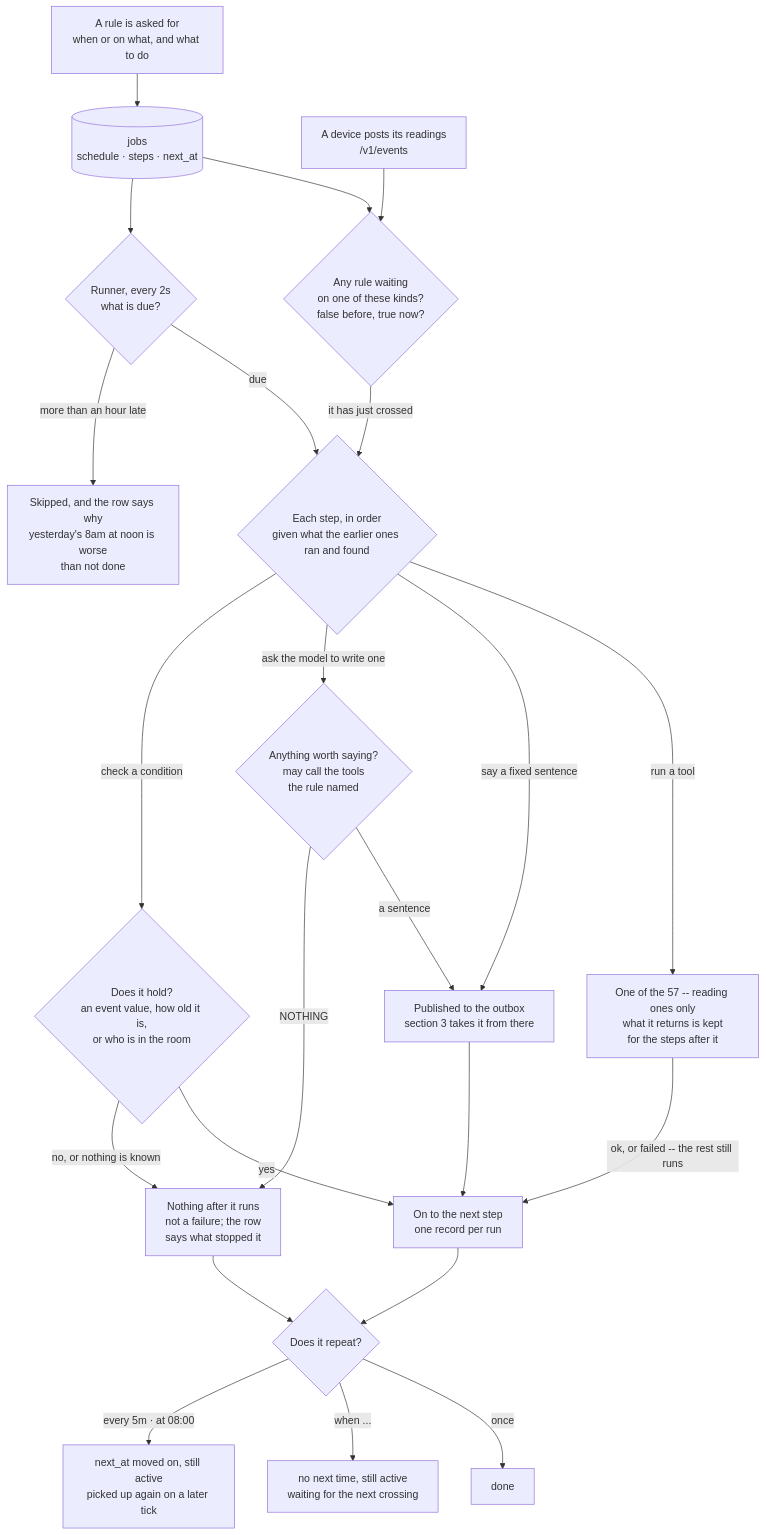
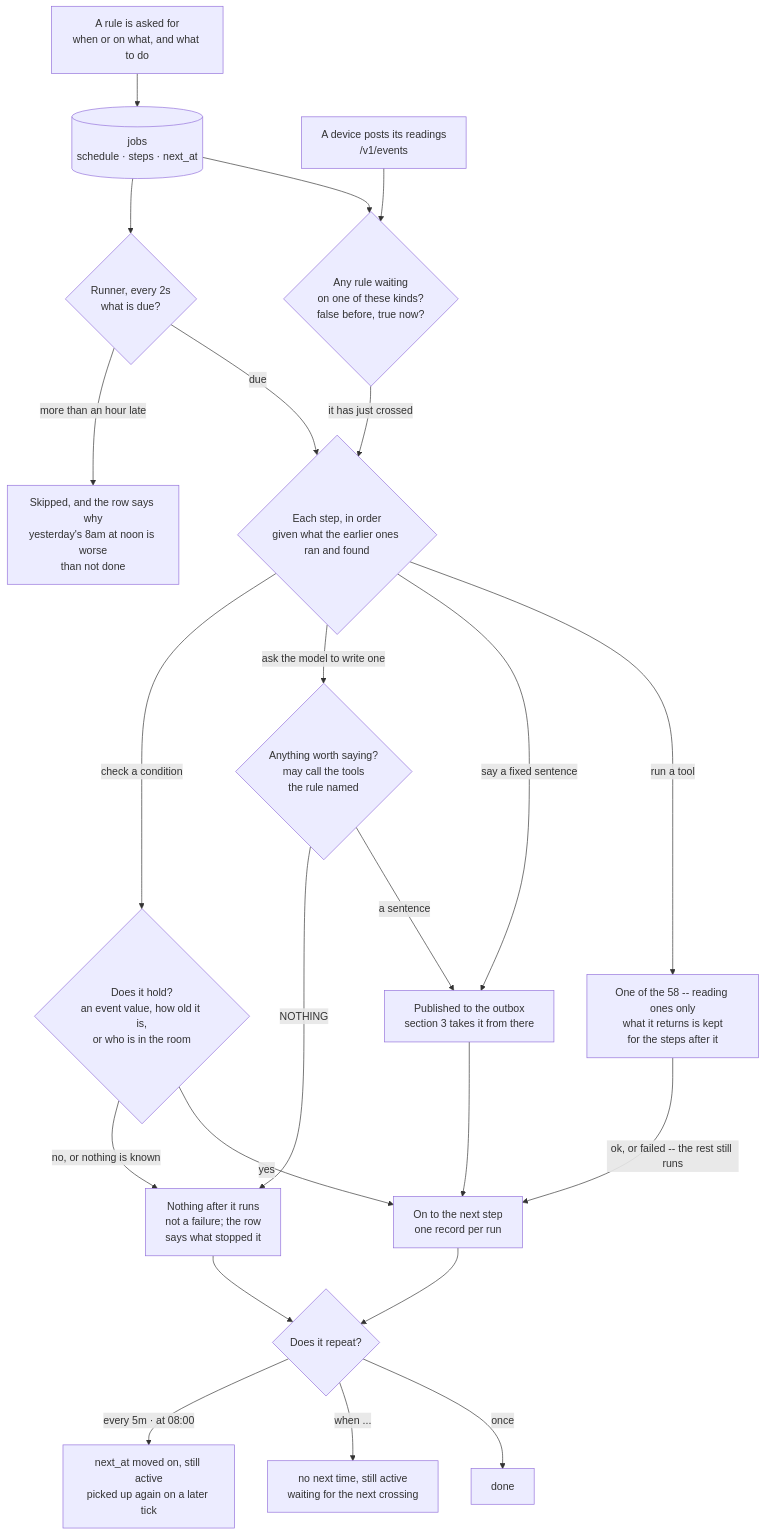
One commit to DhanushRamesh/personal-assistant changed the fifth of 5 diagrams in FEATURES.md. Above: the diagram before and after it, drawn with Mermaid. The commit also changed other lines of this file and 3 other files, not shown here.

````diff
--- a/FEATURES.md
+++ b/FEATURES.md
@@ -275,33 +276,33 @@
 ```mermaid
 flowchart TB
     ASK["A rule is asked for<br/>when or on what, and what to do"] --> ROW[("jobs<br/>schedule · steps · next_at")]
 
     ROW --> TICK{"Runner, every 2s<br/>what is due?"}
     TICK -- "more than an hour late" --> SKIP["Skipped, and the row says why<br/>yesterday's 8am at noon is worse<br/>than not done"]
     TICK -- "due" --> WHAT
 
     READ["A device posts its readings<br/>/v1/events"] --> CROSS{"Any rule waiting<br/>on one of these kinds?<br/>false before, true now?"}
     ROW --> CROSS
     CROSS -- "it has just crossed" --> WHAT
 
     WHAT{"Each step, in order<br/>given what the earlier ones ran and found"}
     WHAT -- "check a condition" --> GATE{"Does it hold?<br/>an event value, how old it is,<br/>or who is in the room"}
     WHAT -- "ask the model to write one" --> MODEL{"Anything worth saying?<br/>may call the tools<br/>the rule named"}
     WHAT -- "say a fixed sentence" --> OUT["Published to the outbox<br/>section 3 takes it from there"]
-    WHAT -- "run a tool" --> TOOL["One of the 57 -- reading ones only<br/>what it returns is kept<br/>for the steps after it"]
+    WHAT -- "run a tool" --> TOOL["One of the 58 -- reading ones only<br/>what it returns is kept<br/>for the steps after it"]
 
     GATE -- "no, or nothing is known" --> STOP["Nothing after it runs<br/>not a failure; the row<br/>says what stopped it"]
     MODEL -- "NOTHING" --> STOP
     MODEL -- "a sentence" --> OUT
     GATE -- "yes" --> ON
     OUT --> ON
     TOOL -- "ok, or failed -- the rest still runs" --> ON
 
     ON["On to the next step<br/>one record per run"] --> END
     STOP --> END
 
     END{"Does it repeat?"}
     END -- "every 5m · at 08:00" --> AGAIN["next_at moved on, still active<br/>picked up again on a later tick"]
     END -- "when ..." --> WAITS["no next time, still active<br/>waiting for the next crossing"]
     END -- "once" --> DONE["done"]
 ```
````
